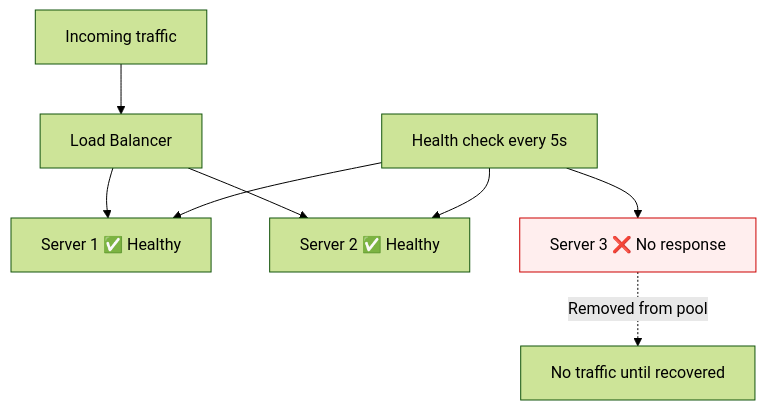
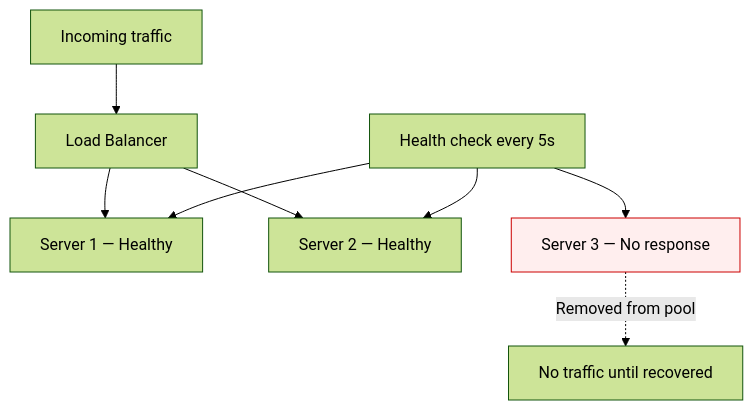
The fourth of 7 diagrams in Complete Fundamentals Notes/Part2.md (rajromil/System-Design), drawn with Mermaid (forest theme) before and after one commit. The commit also changed other lines of this file and 3 other files, not shown here.

````diff
--- a/Complete Fundamentals Notes/Part2.md
+++ b/Complete Fundamentals Notes/Part2.md
@@ -381,19 +381,19 @@
 ```mermaid
 flowchart TD
     HC["Health check every 5s"]
-    S1["Server 1 ✅ Healthy"]
-    S2["Server 2 ✅ Healthy"]
-    S3["Server 3 ❌ No response"]
+    S1["Server 1 — Healthy"]
+    S2["Server 2 — Healthy"]
+    S3["Server 3 — No response"]
     LB["Load Balancer"]
     U["Incoming traffic"]
 
     HC --> S1
     HC --> S2
     HC --> S3
     U --> LB
     LB --> S1
     LB --> S2
     S3 -.->|"Removed from pool"| X["No traffic until recovered"]
 
     style S3 fill:#fee,stroke:#c00
 ```
````
